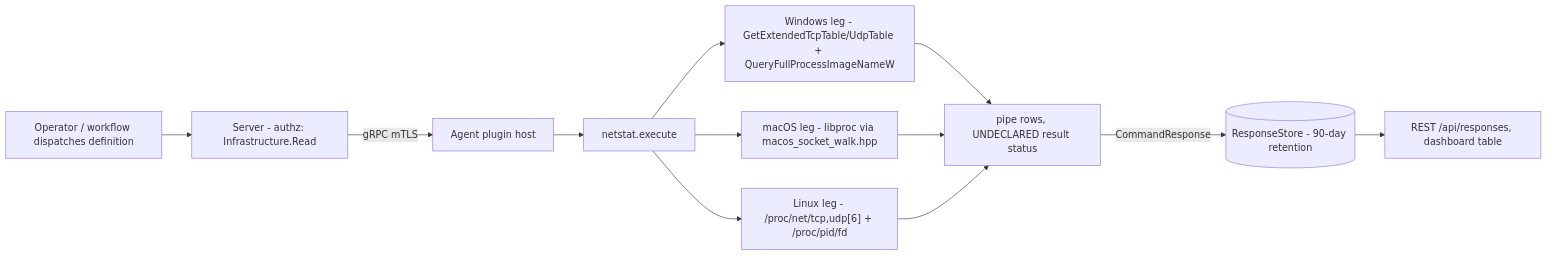
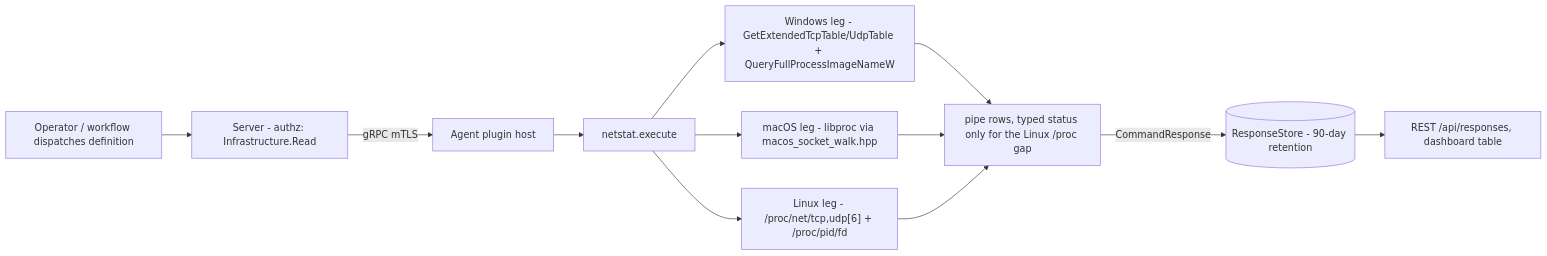
One commit to DevNullLtd/Yuzu changed the diagram in agents/plugins/netstat/README.md. Above: the diagram before and after it, drawn with Mermaid. The commit also changed other lines of this file and 25 other files, not shown here.

````diff
--- a/agents/plugins/netstat/README.md
+++ b/agents/plugins/netstat/README.md
@@ -23,12 +23,12 @@
 ```mermaid
 flowchart LR
   OP["Operator / workflow dispatches definition"] --> SRV["Server - authz: Infrastructure.Read"]
   SRV -->|"gRPC mTLS"| HOST["Agent plugin host"]
   HOST --> EX["netstat.execute"]
   EX --> WIN["Windows leg - GetExtendedTcpTable/UdpTable + QueryFullProcessImageNameW"]
   EX --> MAC["macOS leg - libproc via macos_socket_walk.hpp"]
   EX --> LIN["Linux leg - /proc/net/tcp,udp[6] + /proc/pid/fd"]
-  WIN & MAC & LIN --> ROWS["pipe rows, UNDECLARED result status"]
+  WIN & MAC & LIN --> ROWS["pipe rows, typed status only for the Linux /proc gap"]
   ROWS -->|"CommandResponse"| RS[("ResponseStore - 90-day retention")]
   RS --> API["REST /api/responses, dashboard table"]
 ```
````
